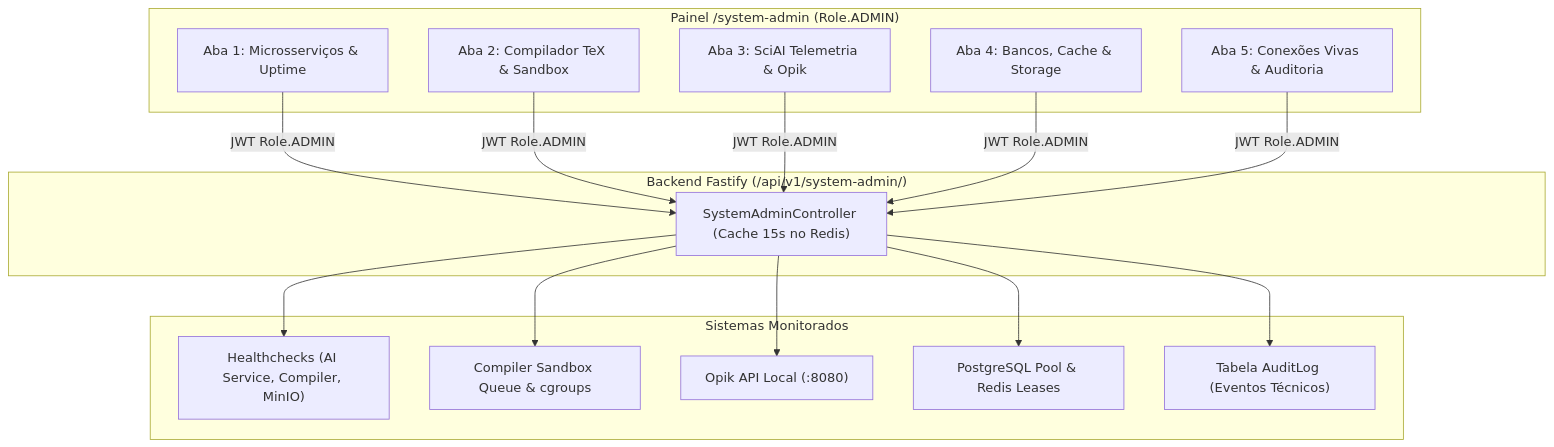
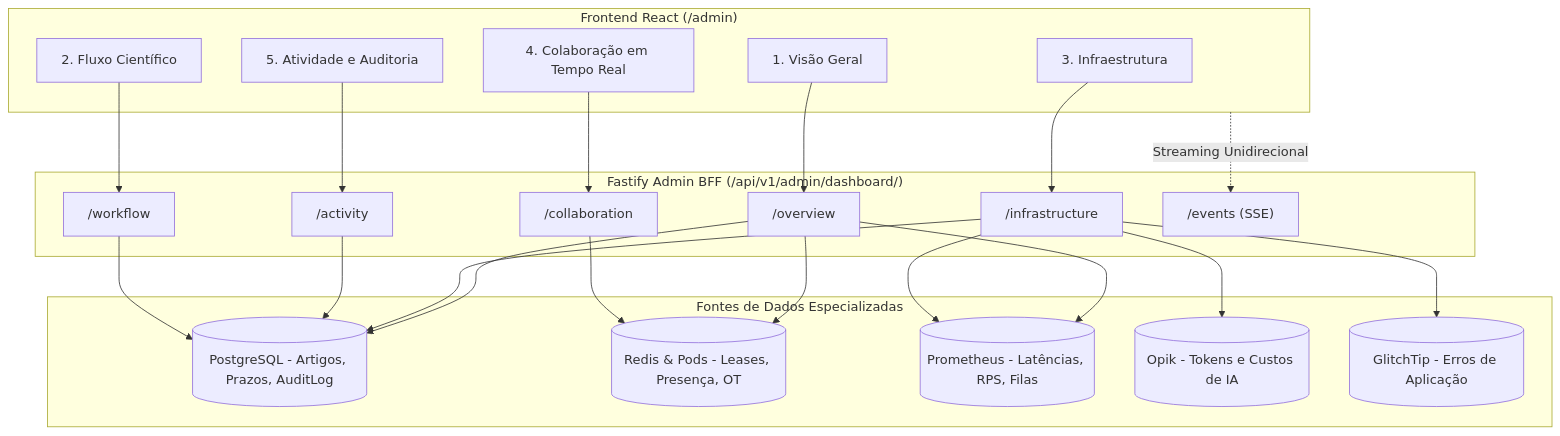
One commit to Digital-Analytics-Apps/sci-latex-vscode-ai changed the diagram in docs/planning/adrs/adr-014-painel-admin-saude-e-metricas-aplicacao.md. Above: the diagram before and after it, drawn with Mermaid. The commit also changed other lines of this file and 7 other files, not shown here.

````diff
--- a/docs/planning/adrs/adr-014-painel-admin-saude-e-metricas-aplicacao.md
+++ b/docs/planning/adrs/adr-014-painel-admin-saude-e-metricas-aplicacao.md
@@ -62,29 +64,39 @@
 ```mermaid
 flowchart TD
-    subgraph Admin_Frontend["Painel /system-admin (Role.ADMIN)"]
-        TAB1["Aba 1: Microsserviços & Uptime"]
-        TAB2["Aba 2: Compilador TeX & Sandbox"]
-        TAB3["Aba 3: SciAI Telemetria & Opik"]
-        TAB4["Aba 4: Bancos, Cache & Storage"]
-        TAB5["Aba 5: Conexões Vivas & Auditoria"]
+    subgraph Frontend["Frontend React (/admin)"]
+        UI_TAB1["1. Visão Geral"]
+        UI_TAB2["2. Fluxo Científico"]
+        UI_TAB3["3. Infraestrutura"]
+        UI_TAB4["4. Colaboração em Tempo Real"]
+        UI_TAB5["5. Atividade e Auditoria"]
     end
 
-    subgraph Fastify_BFF["Backend Fastify (/api/v1/system-admin/)"]
-        CTRL["SystemAdminController (Cache 15s no Redis)"]
+    subgraph Fastify_BFF["Fastify Admin BFF (/api/v1/admin/dashboard/)"]
+        API_OVERVIEW["/overview"]
+        API_WORKFLOW["/workflow"]
+        API_INFRA["/infrastructure"]
+        API_COLLAB["/collaboration"]
+        API_ACTIVITY["/activity"]
+        SSE_STREAM["/events (SSE)"]
     end
 
-    subgraph Data_Sources["Sistemas Monitorados"]
-        SVC["Healthchecks (AI Service, Compiler, MinIO)"]
-        TEX["Compiler Sandbox Queue & cgroups"]
-        OPIK["Opik API Local (:8080)"]
-        DB["PostgreSQL Pool & Redis Leases"]
-        AUDIT["Tabela AuditLog (Eventos Técnicos)"]
+    subgraph Fontes["Fontes de Dados Especializadas"]
+        PG[(PostgreSQL - Artigos, Prazos, AuditLog)]
+        RD[(Redis & Pods - Leases, Presença, OT)]
+        PROM[(Prometheus - Latências, RPS, Filas)]
+        OPIK[(Opik - Tokens e Custos de IA)]
+        GLITCH[(GlitchTip - Erros de Aplicação)]
     end
 
-    TAB1 & TAB2 & TAB3 & TAB4 & TAB5 -->|JWT Role.ADMIN| CTRL
-    CTRL --> SVC
-    CTRL --> TEX
-    CTRL --> OPIK
-    CTRL --> DB
-    CTRL --> AUDIT
+    UI_TAB1 --> API_OVERVIEW
+    UI_TAB2 --> API_WORKFLOW
+    UI_TAB3 --> API_INFRA
+    UI_TAB4 --> API_COLLAB
+    UI_TAB5 --> API_ACTIVITY
+    Frontend -.->|Streaming Unidirecional| SSE_STREAM
+
+    API_WORKFLOW & API_ACTIVITY --> PG
+    API_COLLAB --> RD
+    API_INFRA --> PROM & OPIK & GLITCH & PG
+    API_OVERVIEW --> PG & RD & PROM
 ```
````
